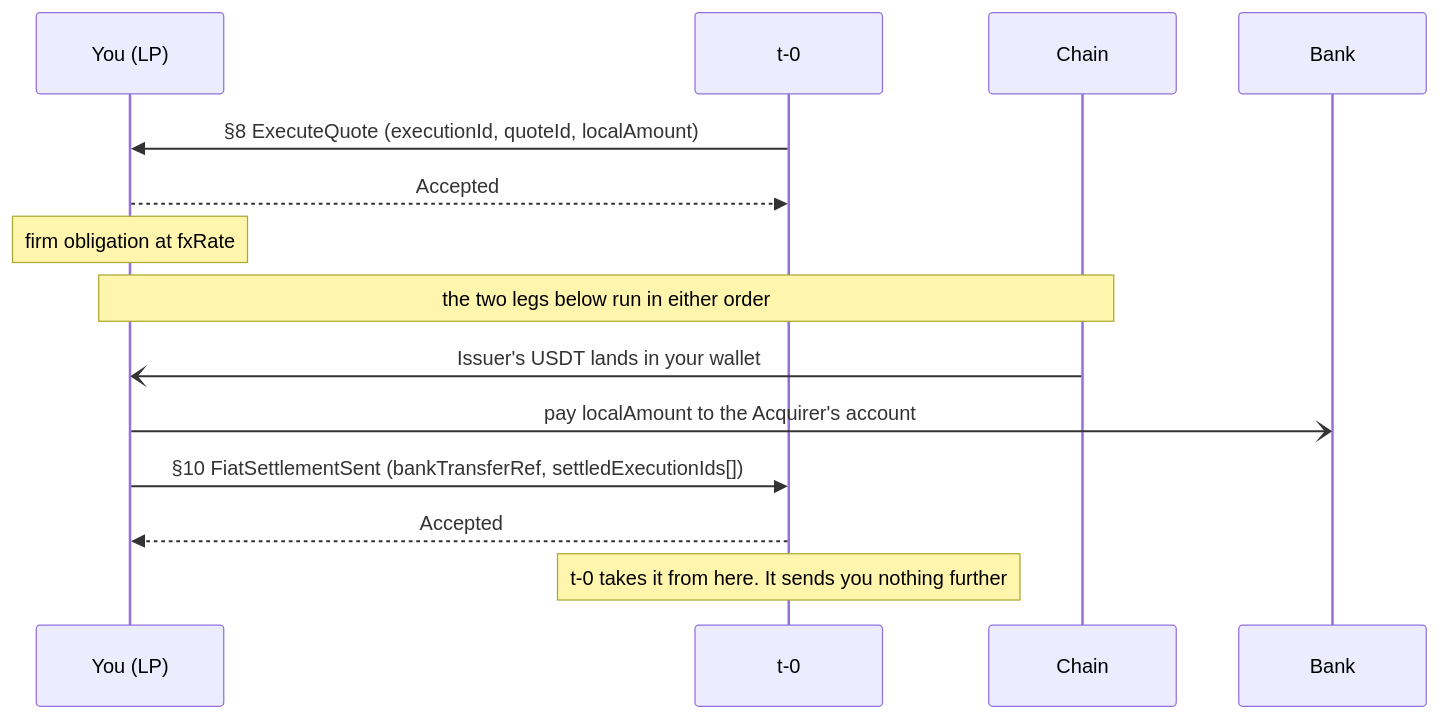
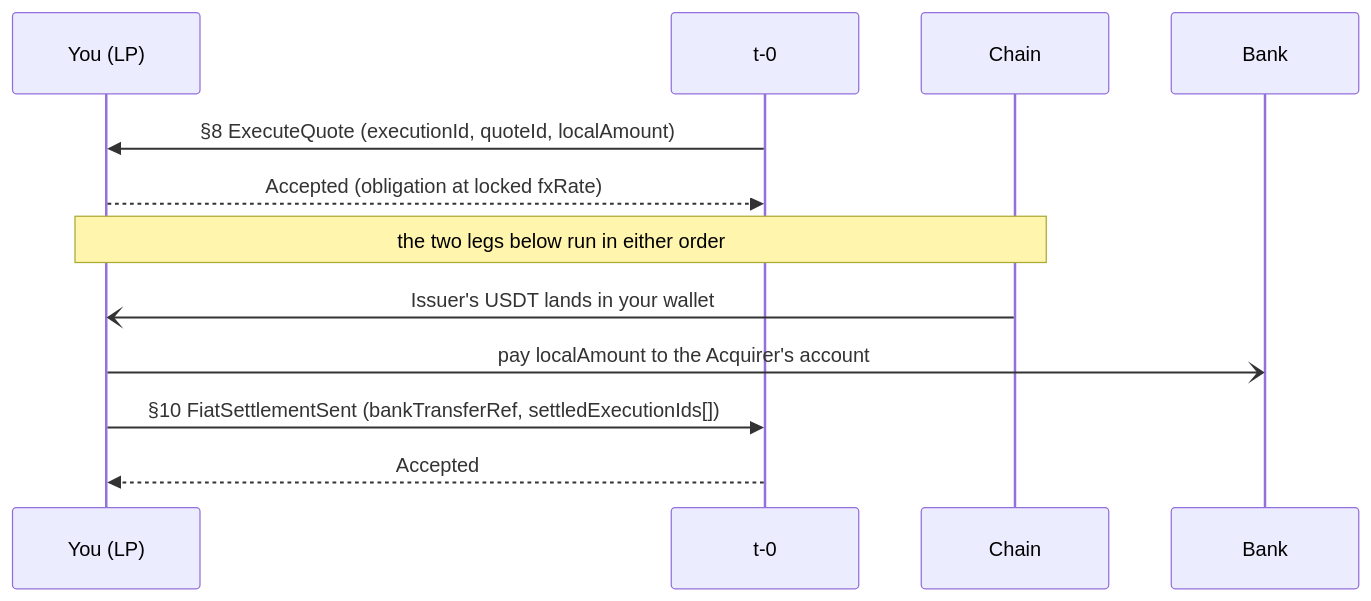
Before and after one commit to t-0-network/usdt-pay-docs: the second of 2 diagrams in content/docs/payments/liquidity-provider.md, drawn with Mermaid. The commit also changed other lines of this file and 2 other files, not shown here.

First line of the commit message:
docs: clean up diagrams after Codex review

````diff
--- a/content/docs/payments/liquidity-provider.md
+++ b/content/docs/payments/liquidity-provider.md
@@ -51,17 +50,15 @@
 ```mermaid
 sequenceDiagram
     participant LP as You (LP)
     participant T0 as t-0
     participant BC as Chain
     participant BANK as Bank
 
     T0->>LP: §8 ExecuteQuote (executionId, quoteId, localAmount)
-    LP-->>T0: Accepted
-    Note over LP: firm obligation at fxRate
+    LP-->>T0: Accepted (obligation at locked fxRate)
     Note over LP,BC: the two legs below run in either order
     BC-)LP: Issuer's USDT lands in your wallet
     LP-)BANK: pay localAmount to the Acquirer's account
     LP->>T0: §10 FiatSettlementSent (bankTransferRef, settledExecutionIds[])
     T0-->>LP: Accepted
-    Note over T0: t-0 takes it from here. It sends you nothing further
 ```
````
